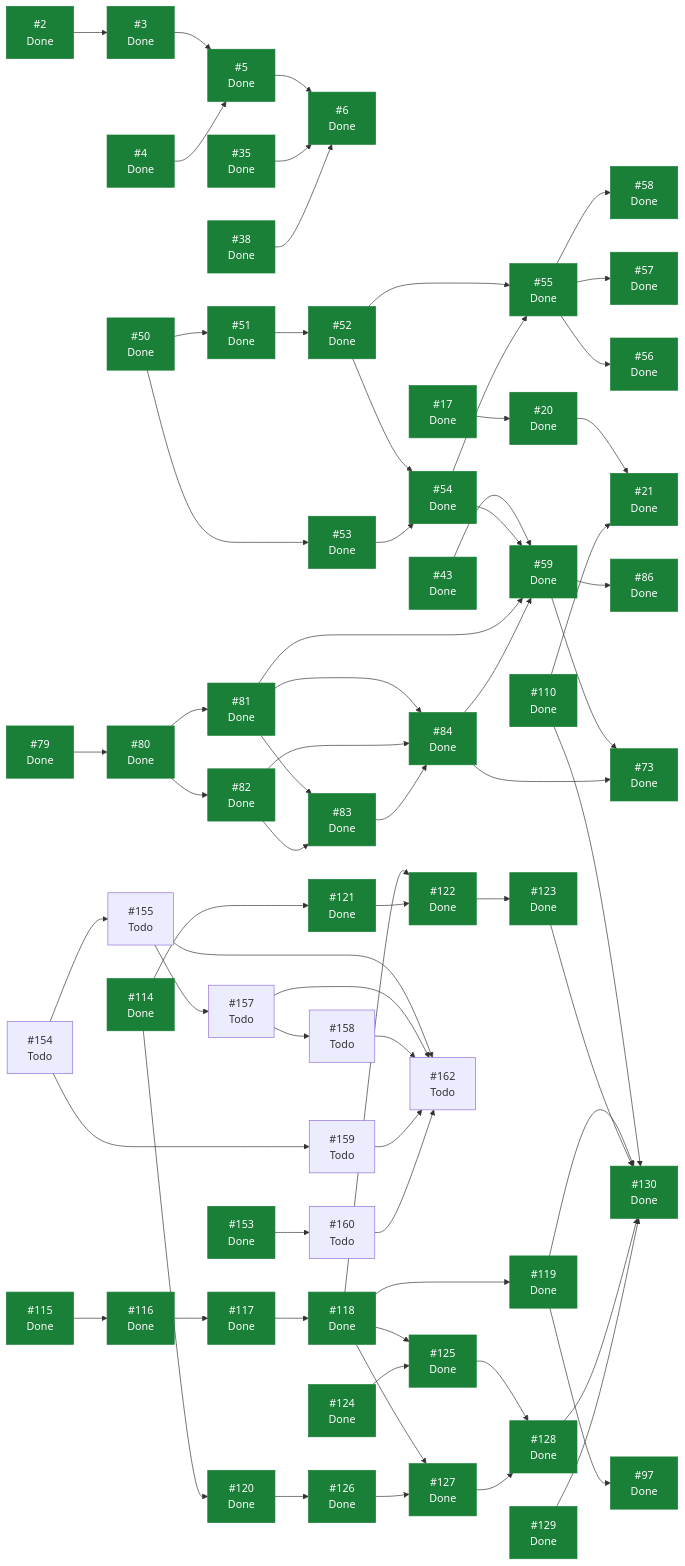
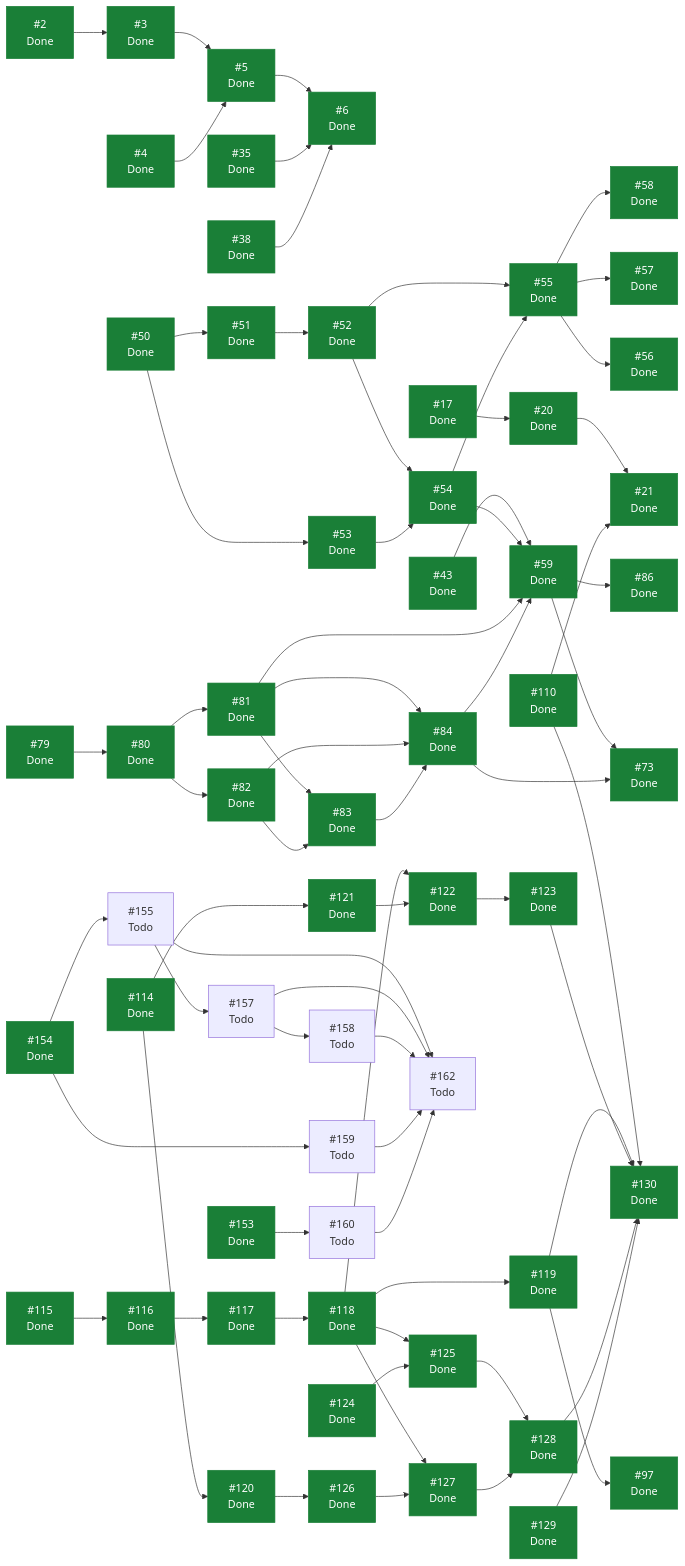
Before and after one commit to ecamp0s/evault: the diagram in docs/planning/STATUS.md, drawn with Mermaid. The commit also changed other lines of this file, not shown here.

````diff
--- a/docs/planning/STATUS.md
+++ b/docs/planning/STATUS.md
@@ -211,7 +212,7 @@
   I129["#129<br/>Done"]
   I130["#130<br/>Done"]
   I153["#153<br/>Done"]
-  I154["#154<br/>Todo"]
+  I154["#154<br/>Done"]
   I155["#155<br/>Todo"]
   I157["#157<br/>Todo"]
   I158["#158<br/>Todo"]
@@ -285,5 +286,5 @@
   I159 --> I162
   I160 --> I162
   classDef hecho fill:#1a7f37,stroke:#1a7f37,color:#fff;
-  class I2,I3,I4,I5,I6,I17,I20,I21,I35,I38,I43,I50,I51,I52,I53,I54,I55,I56,I57,I58,I59,I73,I79,I80,I81,I82,I83,I84,I86,I97,I110,I114,I115,I116,I117,I118,I119,I120,I121,I122,I123,I124,I125,I126,I127,I128,I129,I130,I153 hecho;
+  class I2,I3,I4,I5,I6,I17,I20,I21,I35,I38,I43,I50,I51,I52,I53,I54,I55,I56,I57,I58,I59,I73,I79,I80,I81,I82,I83,I84,I86,I97,I110,I114,I115,I116,I117,I118,I119,I120,I121,I122,I123,I124,I125,I126,I127,I128,I129,I130,I153,I154 hecho;
 ```
````
